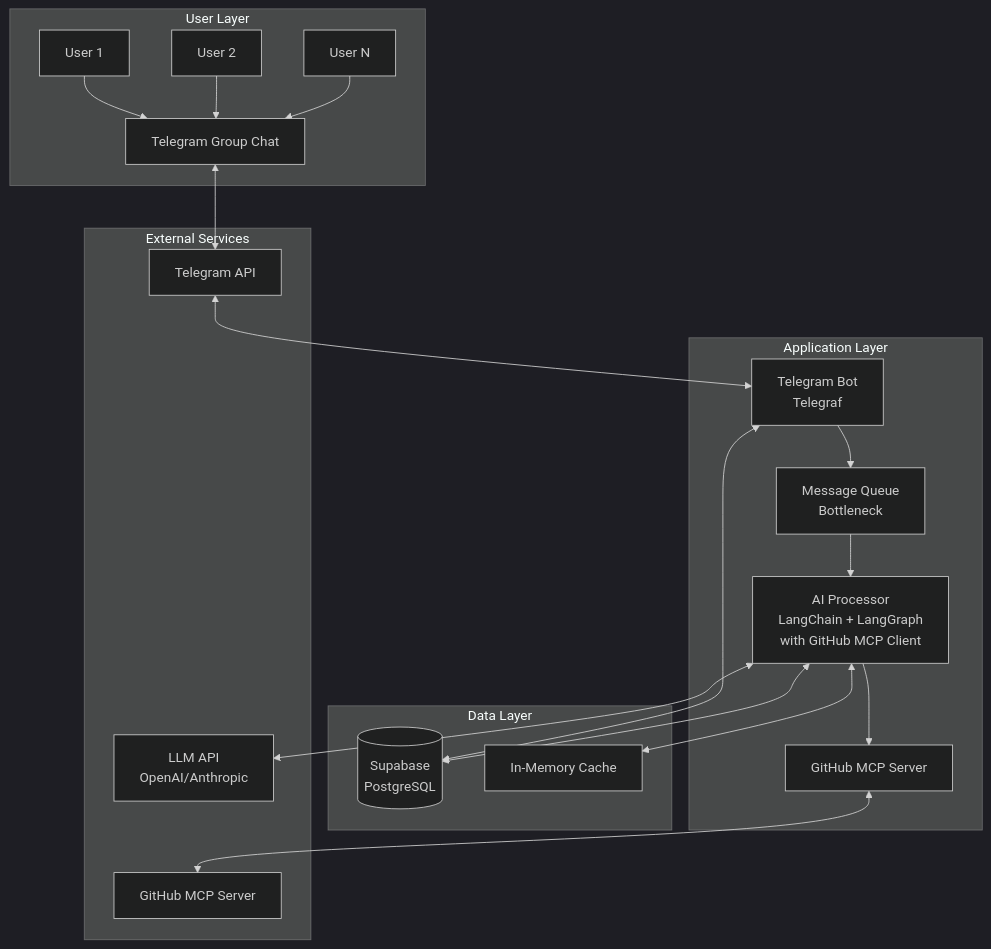
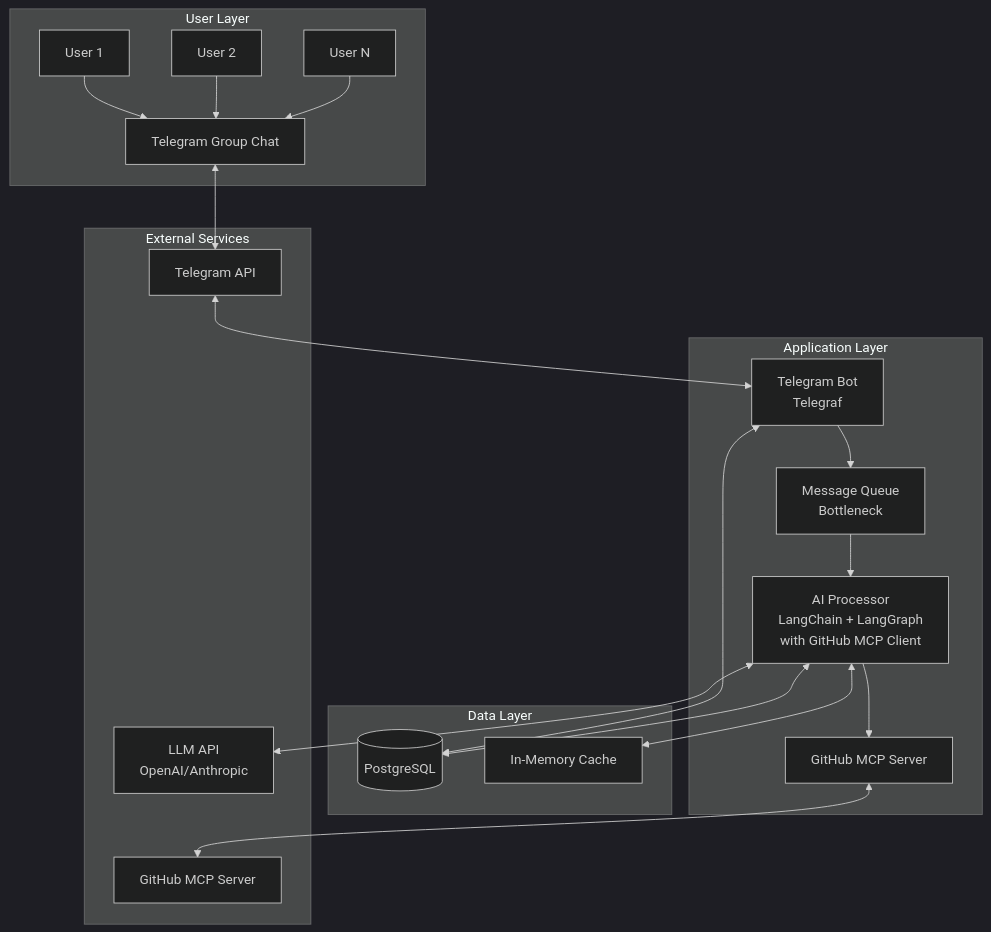
The first of 11 diagrams in PRD.md (majus/telegit), drawn with Mermaid (dark theme) before and after one commit. The commit also changed other lines of this file and 2 other files, not shown here.

First line of the commit message:
Replace Supabase with PostgreSQL for data persistence (#14)

````diff
--- a/PRD.md
+++ b/PRD.md
@@ -39,39 +39,39 @@
 ```mermaid
 graph TB
     subgraph "User Layer"
         TG[Telegram Group Chat]
         U1[User 1]
         U2[User 2]
         U3[User N]
     end
     
     subgraph "Application Layer"
         TB[Telegram Bot<br/>Telegraf]
         MQ[Message Queue<br/>Bottleneck]
         AI[AI Processor<br/>LangChain + LangGraph<br/>with GitHub MCP Client]
         GH[GitHub MCP Server]
     end
     
     subgraph "Data Layer"
-        SB[(Supabase<br/>PostgreSQL)]
+        PG[(PostgreSQL)]
         CACHE[In-Memory Cache]
     end
     
     subgraph "External Services"
         TAPI[Telegram API]
         LLMAPI[LLM API<br/>OpenAI/Anthropic]
         GHAPI[GitHub MCP Server]
     end
     
     U1 & U2 & U3 --> TG
     TG <--> TAPI
     TAPI <--> TB
     TB --> MQ
     MQ --> AI
     AI --> GH
     AI <--> LLMAPI
     GH <--> GHAPI
-    TB <--> SB
-    AI <--> SB
+    TB <--> PG
+    AI <--> PG
     AI <--> CACHE
 ```
````
